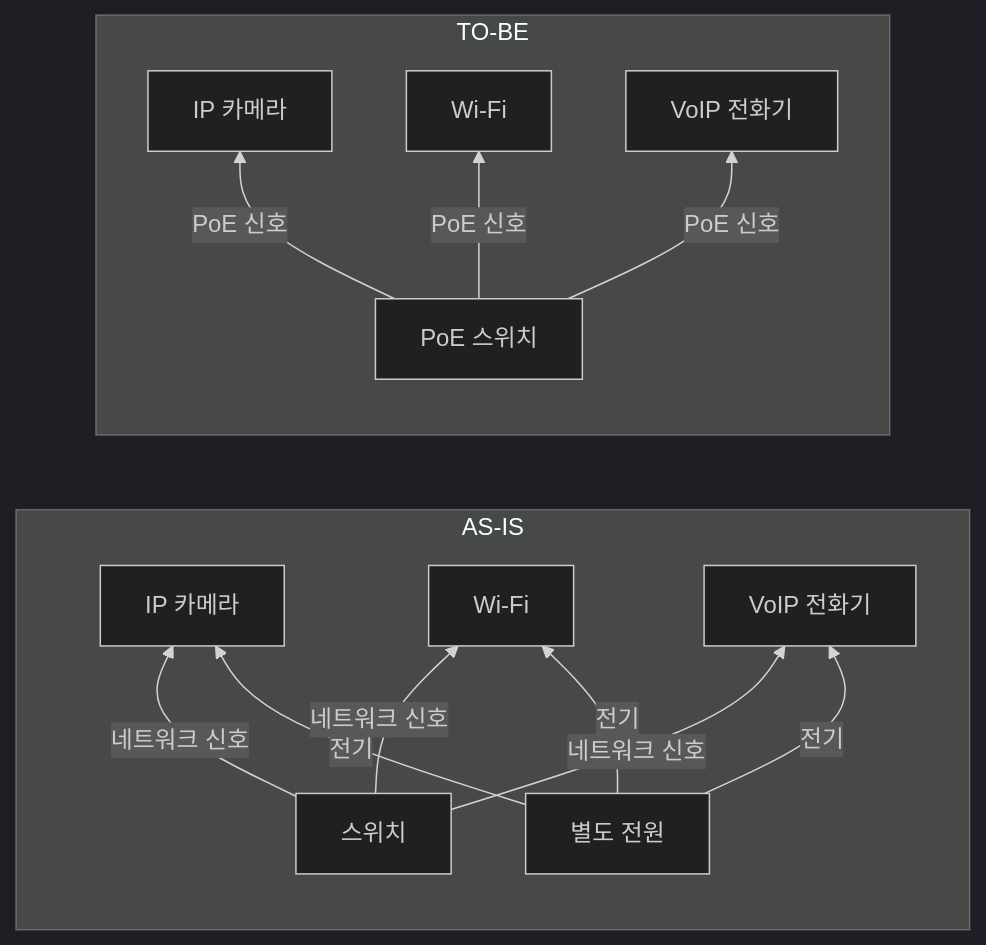
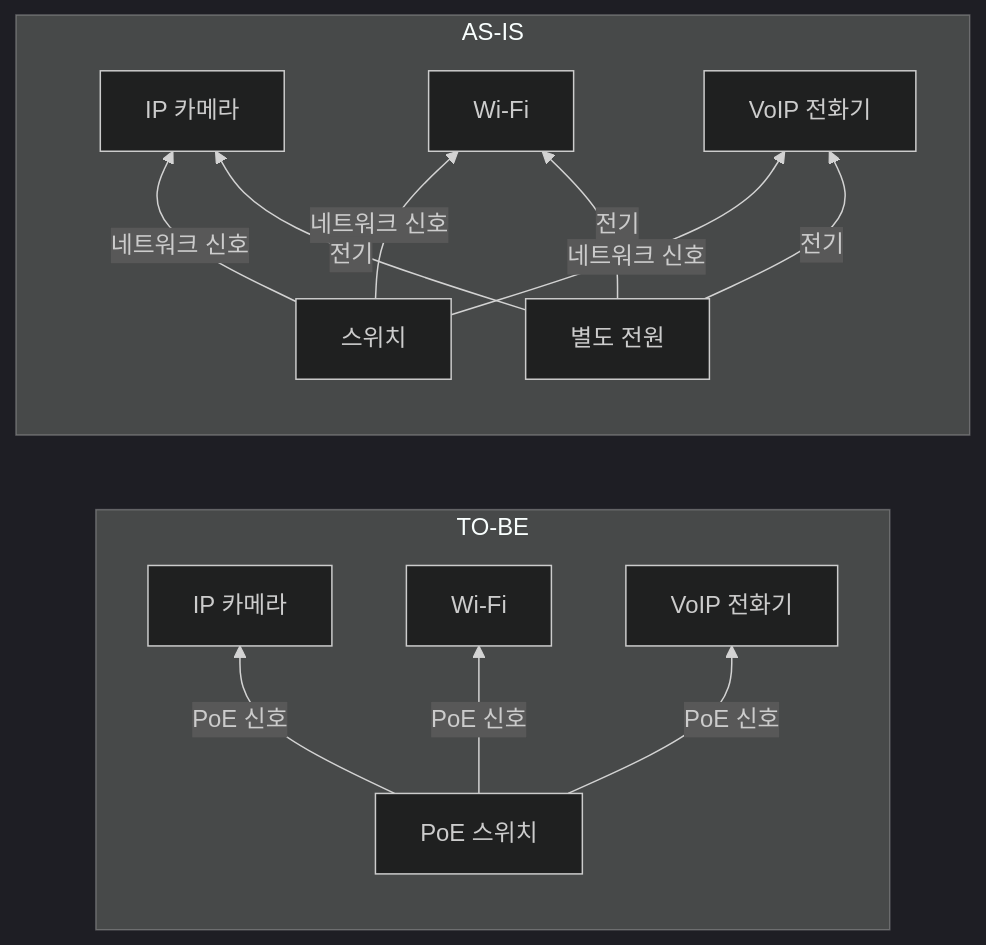
One commit to gracefullight/gracefullight.github.io changed the diagram in blog/pe/nw/poe.md. Above: the diagram before and after it, drawn with Mermaid (dark theme). The commit also changed other lines of this file, not shown here.

Commit message:
docs: 📚️ graph format

````diff
--- a/blog/pe/nw/poe.md
+++ b/blog/pe/nw/poe.md
@@ -20,29 +20,29 @@
 ```mermaid
 graph LR
+  subgraph TO-BE
+    direction BT
+    A2[PoE 스위치]
+    C2[IP 카메라]
+    D2[Wi-Fi]
+    E4[VoIP 전화기]
+    A2 -->|PoE 신호| C2
+    A2 -->|PoE 신호| D2
+    A2 -->|PoE 신호| E4
+  end
+
   subgraph AS-IS
     direction BT
     A1[스위치]
     B1[IP 카메라]
     C1[Wi-Fi]
     D1[VoIP 전화기]
     E1[별도 전원]
 
     A1 -->|네트워크 신호| B1
     A1 -->|네트워크 신호| C1
     A1 -->|네트워크 신호| D1
     E1 -->|전기| B1
     E1 -->|전기| C1
     E1 -->|전기| D1
   end
-
-  subgraph TO-BE
-    direction BT
-    A2[PoE 스위치]
-    C2[IP 카메라]
-    D2[Wi-Fi]
-    E4[VoIP 전화기]
-    A2 -->|PoE 신호| C2
-    A2 -->|PoE 신호| D2
-    A2 -->|PoE 신호| E4
-  end
 ```
````
